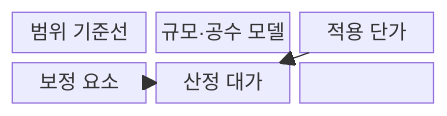
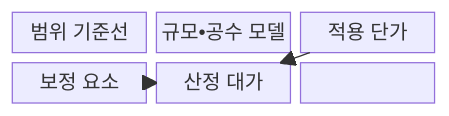
One commit to agnusdei1207/knowledge-base changed the first of 2 diagrams in src/content/docs/notes/03-software/075_software_cost_estimation.md. Above: the diagram before and after it, drawn with Mermaid. The commit also changed other lines of this file and 953 other files, not shown here.

````diff
--- a/src/content/docs/notes/03-software/075_software_cost_estimation.md
+++ b/src/content/docs/notes/03-software/075_software_cost_estimation.md
@@ -69,12 +69,12 @@
 ```mermaid
 block
   columns 3
   S["범위 기준선"]
-  M["규모·공수 모델"]
+  M["규모•공수 모델"]
   R["적용 단가"]
   A["보정 요소"]
   C["산정 대가"]
   S --> M --> C
   R --> C
   A --> C
 ```
````
